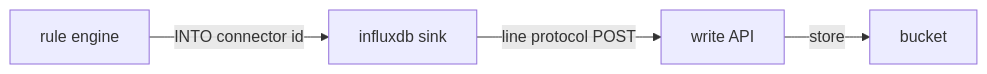
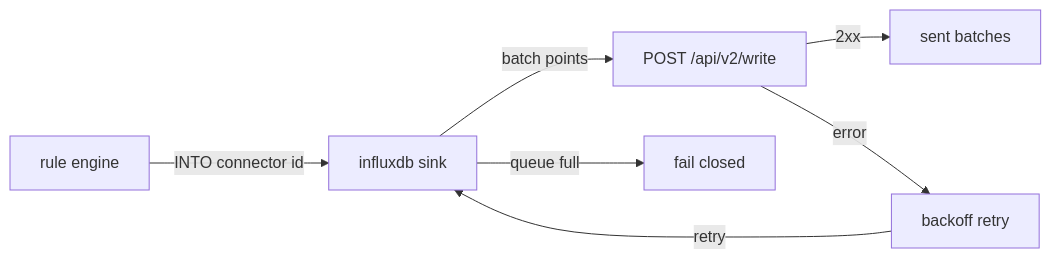
One commit to Indus-Stack/indramqtt changed the diagram in docs/connectors/influxdb.md. Above: the diagram before and after it, drawn with Mermaid. The commit also changed other lines of this file and 7 other files, not shown here.

````diff
--- a/docs/connectors/influxdb.md
+++ b/docs/connectors/influxdb.md
@@ -14,6 +14,9 @@
 ```mermaid
 flowchart LR
     Rule["rule engine"] -- "INTO connector id" --> Sink["influxdb sink"]
-    Sink -- "line protocol POST" --> Api["write API"]
-    Api -- "store" --> Bucket["bucket"]
+    Sink -- "batch points" --> Post["POST /api/v2/write"]
+    Post -- "2xx" --> Ok["sent batches"]
+    Post -- "error" --> Back["backoff retry"]
+    Back -- "retry" --> Sink
+    Sink -- "queue full" --> Drop["fail closed"]
 ```
````
